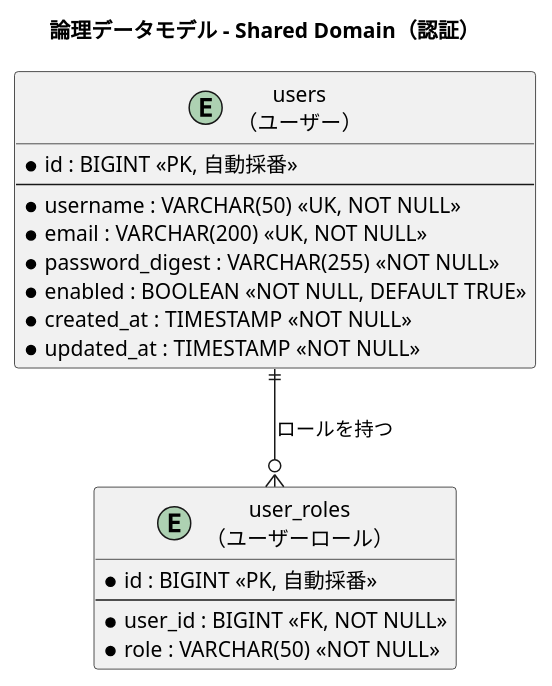
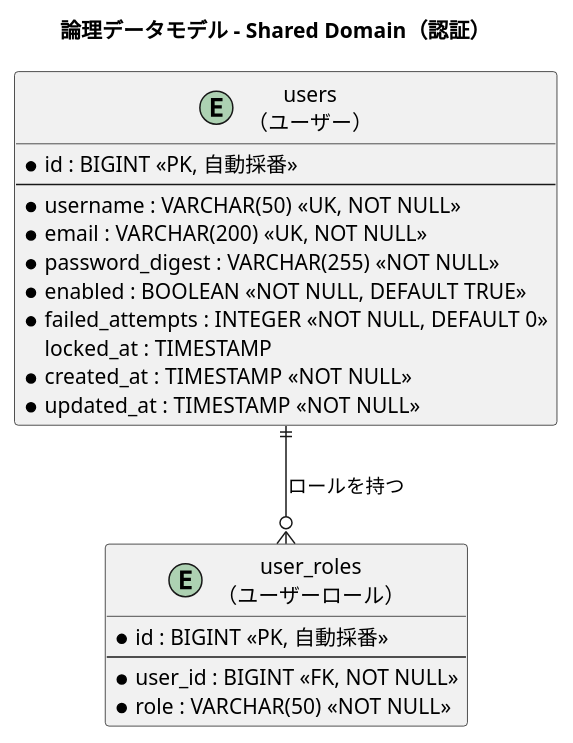
The tenth of 10 diagrams in docs/design/data-model.md (k2works/case-study-cargo-tracker), drawn with PlantUML before and after one commit. The commit also changed other lines of this file and 2 other files, not shown here.

````diff
--- a/docs/design/data-model.md
+++ b/docs/design/data-model.md
@@ -665,26 +667,28 @@
 ```plantuml
 @startuml
 title 論理データモデル - Shared Domain（認証）
 
 entity "users\n（ユーザー）" as users {
   * id : BIGINT <<PK, 自動採番>>
   --
   * username : VARCHAR(50) <<UK, NOT NULL>>
   * email : VARCHAR(200) <<UK, NOT NULL>>
   * password_digest : VARCHAR(255) <<NOT NULL>>
   * enabled : BOOLEAN <<NOT NULL, DEFAULT TRUE>>
+  * failed_attempts : INTEGER <<NOT NULL, DEFAULT 0>>
+  locked_at : TIMESTAMP
   * created_at : TIMESTAMP <<NOT NULL>>
   * updated_at : TIMESTAMP <<NOT NULL>>
 }
 
 entity "user_roles\n（ユーザーロール）" as user_roles {
   * id : BIGINT <<PK, 自動採番>>
   --
   * user_id : BIGINT <<FK, NOT NULL>>
   * role : VARCHAR(50) <<NOT NULL>>
 }
 
 users ||--o{ user_roles : "ロールを持つ"
 
 @enduml
 ```
````
